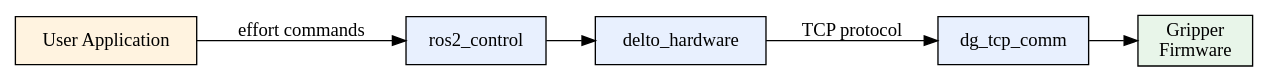
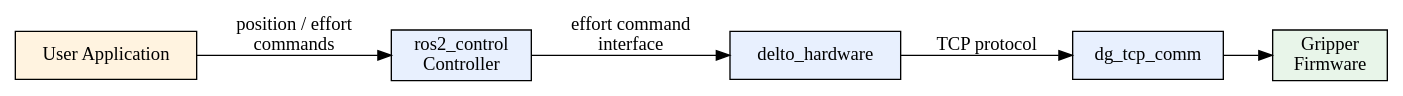
The first of 2 diagrams in doc/source/architecture/overview.md (tesollodelto/tesollo_ros2), drawn with Graphviz before and after one commit. The commit also changed other lines of this file, not shown here.

Commit message:
docs: Clarify ros2_control accepts position/effort, outputs effort

````diff
--- a/doc/source/architecture/overview.md
+++ b/doc/source/architecture/overview.md
@@ -24,17 +24,17 @@
 ```{graphviz}
 digraph A {
     rankdir=LR;
     node [shape=box, style=filled, fillcolor="#E8F0FE"];
 
     User [label="User Application", fillcolor="#FFF3E0"];
-    RC [label="ros2_control"];
+    RC [label="ros2_control\nController"];
     HW [label="delto_hardware"];
     TCP [label="dg_tcp_comm"];
     FW [label="Gripper\nFirmware", fillcolor="#E8F5E9"];
 
-    User -> RC [label="effort commands"];
-    RC -> HW;
+    User -> RC [label="position / effort\ncommands"];
+    RC -> HW [label="effort command\ninterface"];
     HW -> TCP [label="TCP protocol"];
     TCP -> FW;
 }
 ```
````
